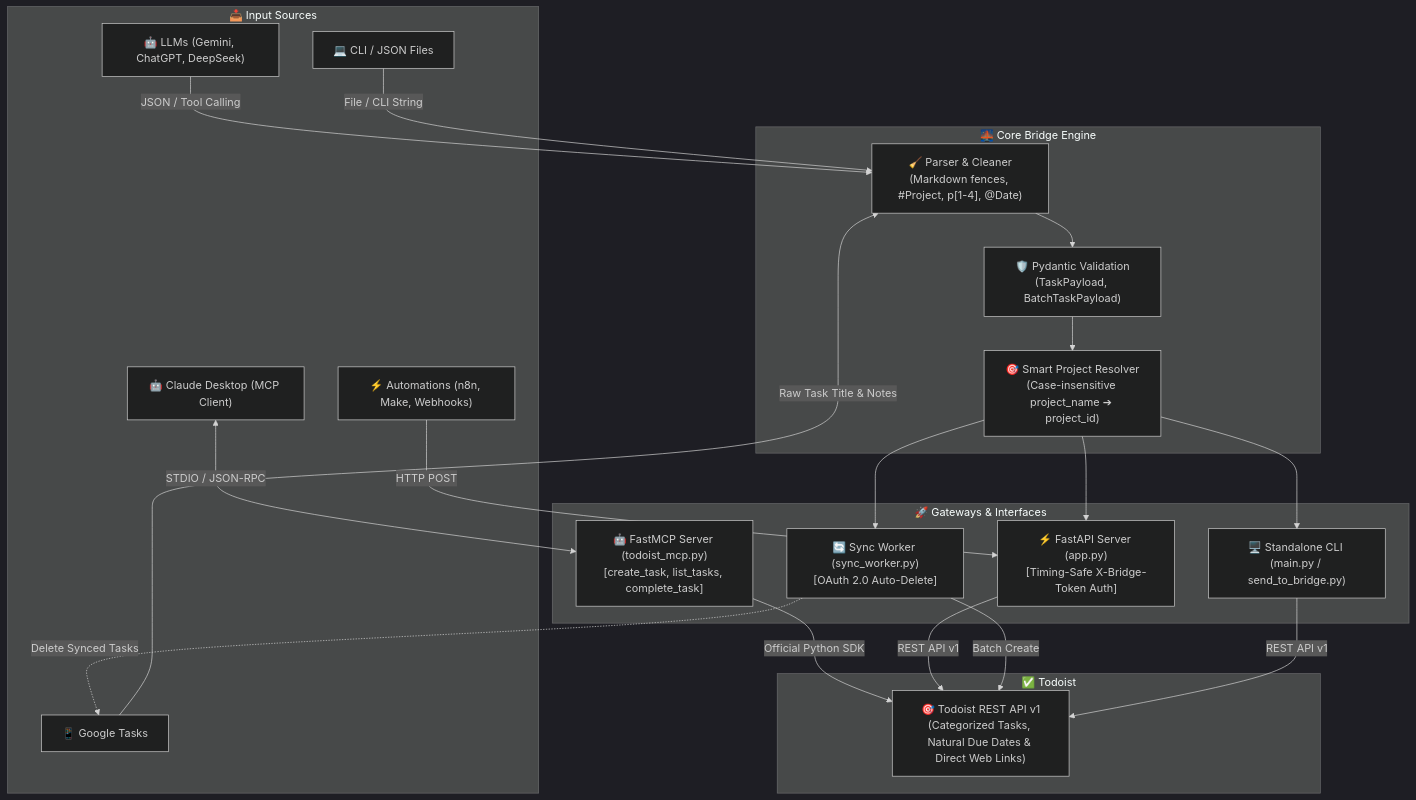
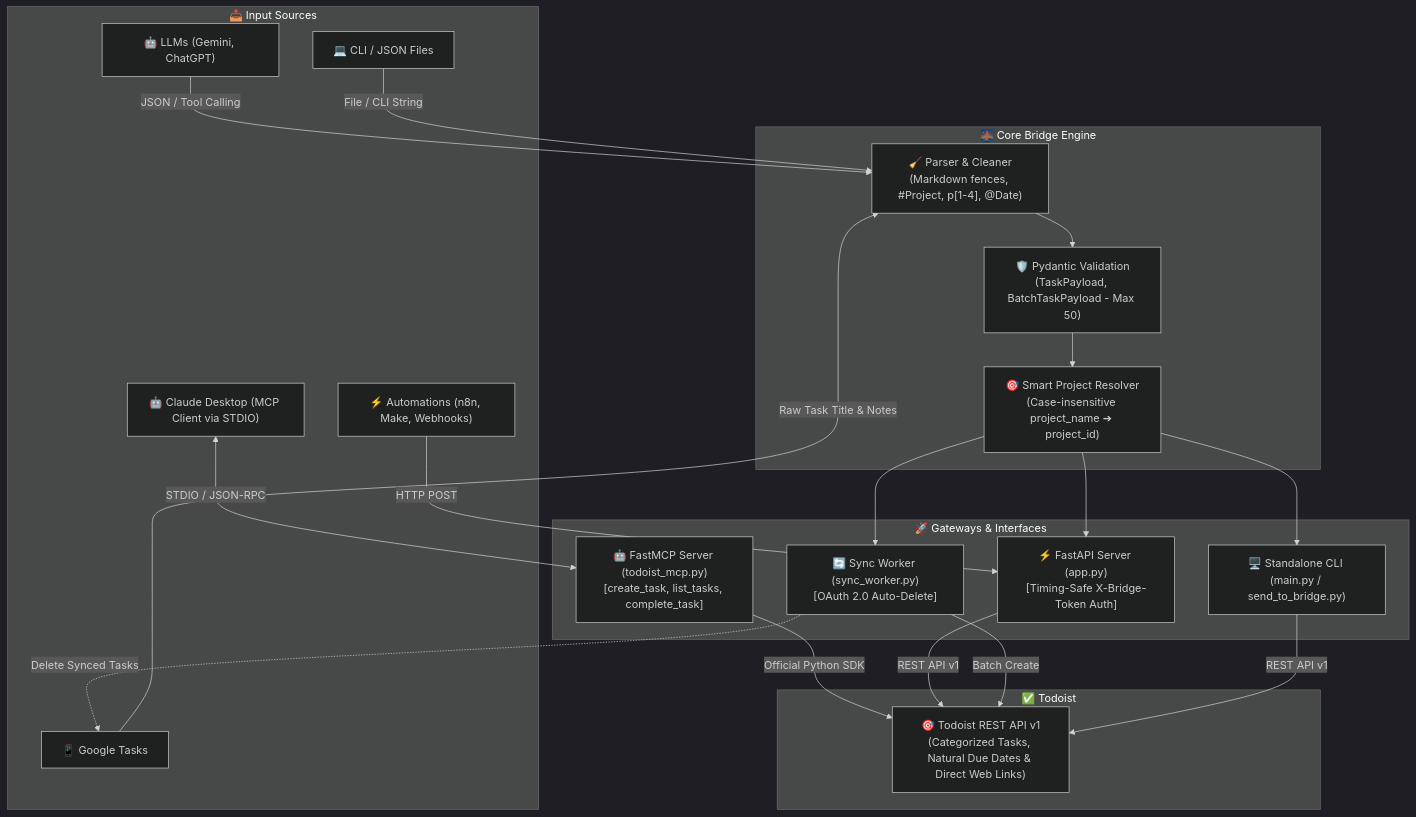
The diagram in README.md (kagankurubas/Todoist-Gemini-Bridge), drawn with Mermaid (dark theme) before and after one commit. The commit also changed other lines of this file and 7 other files, not shown here.

Commit message:
feat: harden MCP security and validation

````diff
--- a/README.md
+++ b/README.md
@@ -30,45 +30,45 @@
 ```mermaid
 flowchart TD
     subgraph Sources["📥 Input Sources"]
-        A1["🤖 Claude Desktop (MCP Client)"]
-        A2["🤖 LLMs (Gemini, ChatGPT, DeepSeek)"]
+        A1["🤖 Claude Desktop (MCP Client via STDIO)"]
+        A2["🤖 LLMs (Gemini, ChatGPT)"]
         A3["📱 Google Tasks"]
         A4["⚡ Automations (n8n, Make, Webhooks)"]
         A5["💻 CLI / JSON Files"]
     end
 
     subgraph CoreBridge["🌉 Core Bridge Engine"]
         B1["🧹 Parser & Cleaner\n(Markdown fences, #Project, p[1-4], @Date)"]
-        B2["🛡️ Pydantic Validation\n(TaskPayload, BatchTaskPayload)"]
+        B2["🛡️ Pydantic Validation\n(TaskPayload, BatchTaskPayload - Max 50)"]
         B3["🎯 Smart Project Resolver\n(Case-insensitive project_name ➔ project_id)"]
     end
 
     subgraph Gateways["🚀 Gateways & Interfaces"]
         C1["🤖 FastMCP Server (todoist_mcp.py)\n[create_task, list_tasks, complete_task]"]
         C2["⚡ FastAPI Server (app.py)\n[Timing-Safe X-Bridge-Token Auth]"]
         C3["🔄 Sync Worker (sync_worker.py)\n[OAuth 2.0 Auto-Delete]"]
         C4["🖥️ Standalone CLI (main.py / send_to_bridge.py)"]
     end
 
     subgraph Todoist["✅ Todoist"]
         D["🎯 Todoist REST API v1\n(Categorized Tasks, Natural Due Dates & Direct Web Links)"]
     end
 
     A1 <-->|STDIO / JSON-RPC| C1
     A2 -->|JSON / Tool Calling| B1
     A3 -->|Raw Task Title & Notes| B1
     A4 -->|HTTP POST| C2
     A5 -->|File / CLI String| B1
 
     B1 --> B2
     B2 --> B3
     B3 --> C2
     B3 --> C3
     B3 --> C4
 
     C1 -->|Official Python SDK| D
     C2 -->|REST API v1| D
     C3 -->|Batch Create| D
     C3 -.->|Delete Synced Tasks| A3
     C4 -->|REST API v1| D
 ```
````
